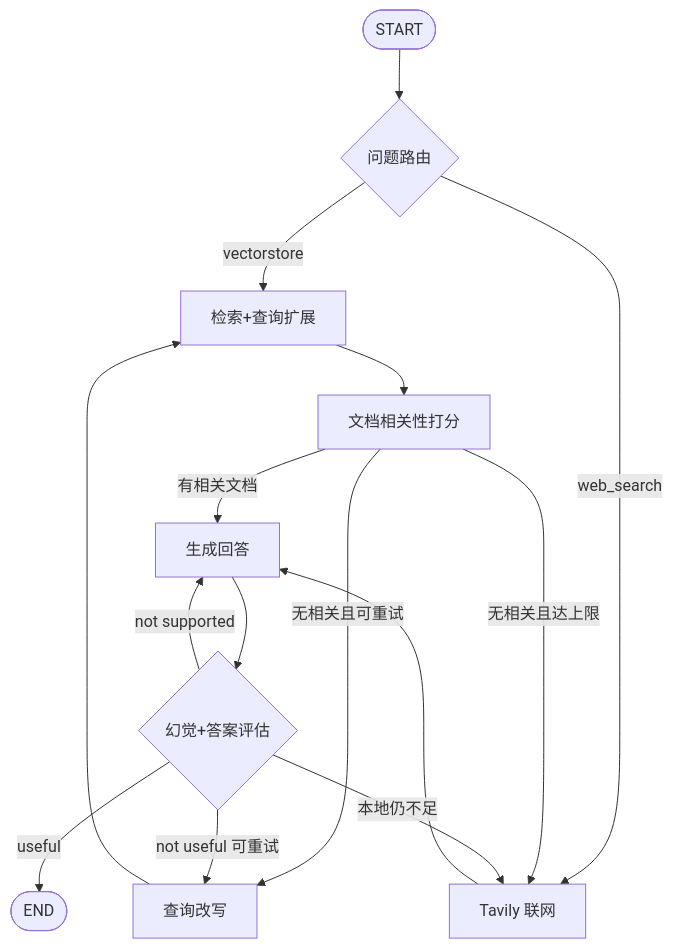
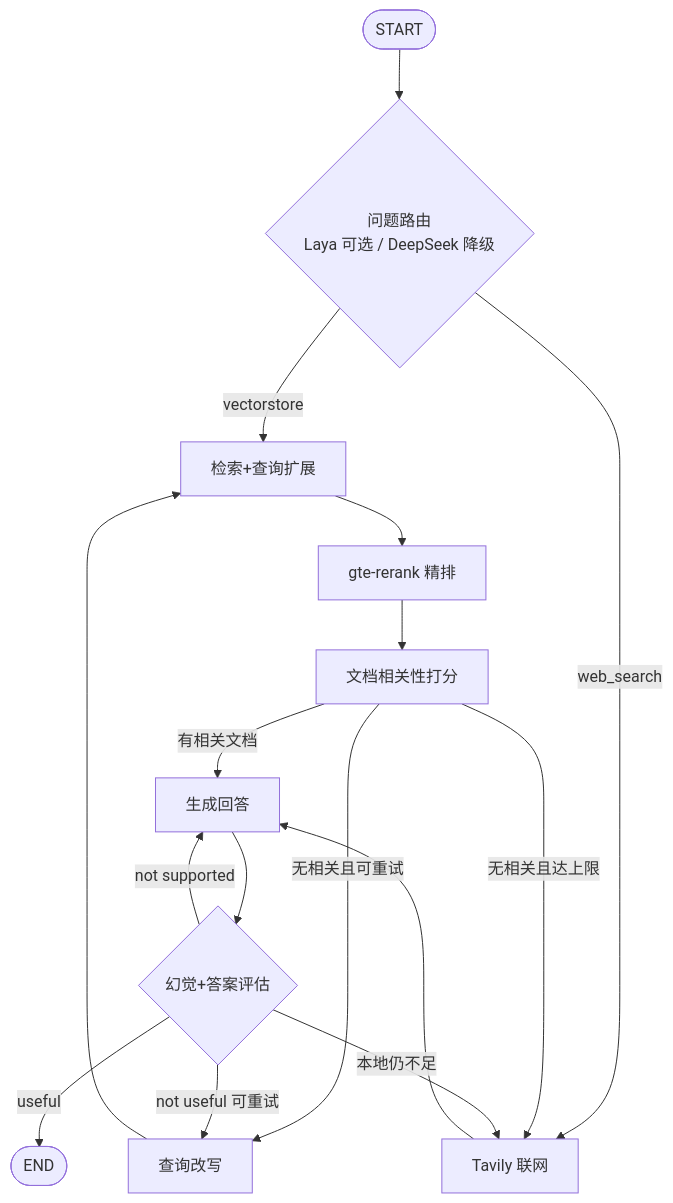
One commit to jokerzixi/enterprise-rag-knowledge-base changed the diagram in README.md. Above: the diagram before and after it, drawn with Mermaid. The commit also changed other lines of this file and 47 other files, not shown here.

First line of the commit message:
feat: quality corpus, rerank, safe Milvus, optional Laya routing

````diff
--- a/README.md
+++ b/README.md
@@ -51,17 +59,18 @@
 ```mermaid
 flowchart TD
-  START([START]) --> route{问题路由}
+  START([START]) --> route{问题路由<br/>Laya 可选 / DeepSeek 降级}
   route -->|vectorstore| retrieve[检索+查询扩展]
   route -->|web_search| web[Tavily 联网]
-  retrieve --> gradeDocs[文档相关性打分]
+  retrieve --> rerank[gte-rerank 精排]
+  rerank --> gradeDocs[文档相关性打分]
   gradeDocs -->|有相关文档| generate[生成回答]
   gradeDocs -->|无相关且可重试| transform[查询改写]
   gradeDocs -->|无相关且达上限| web
   transform --> retrieve
   web --> generate
   generate --> gradeAns{幻觉+答案评估}
   gradeAns -->|useful| END([END])
   gradeAns -->|not useful 可重试| transform
   gradeAns -->|本地仍不足| web
   gradeAns -->|not supported| generate
 ```
````
